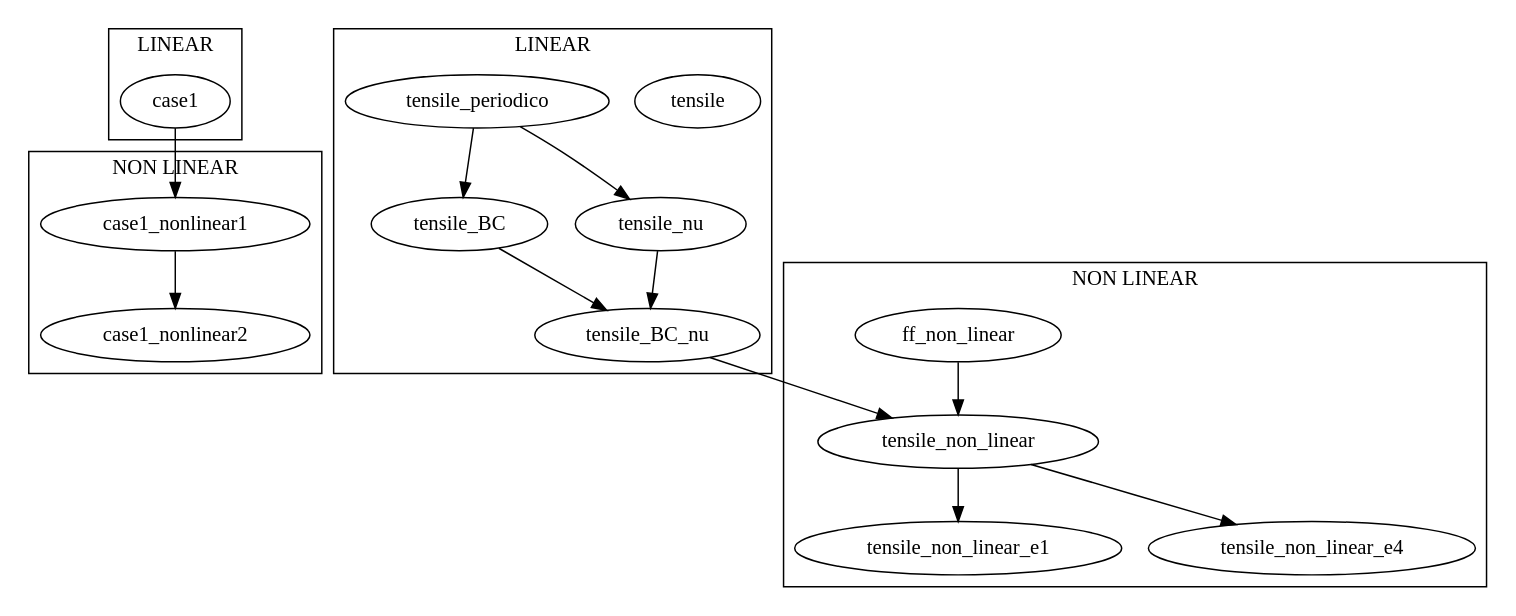
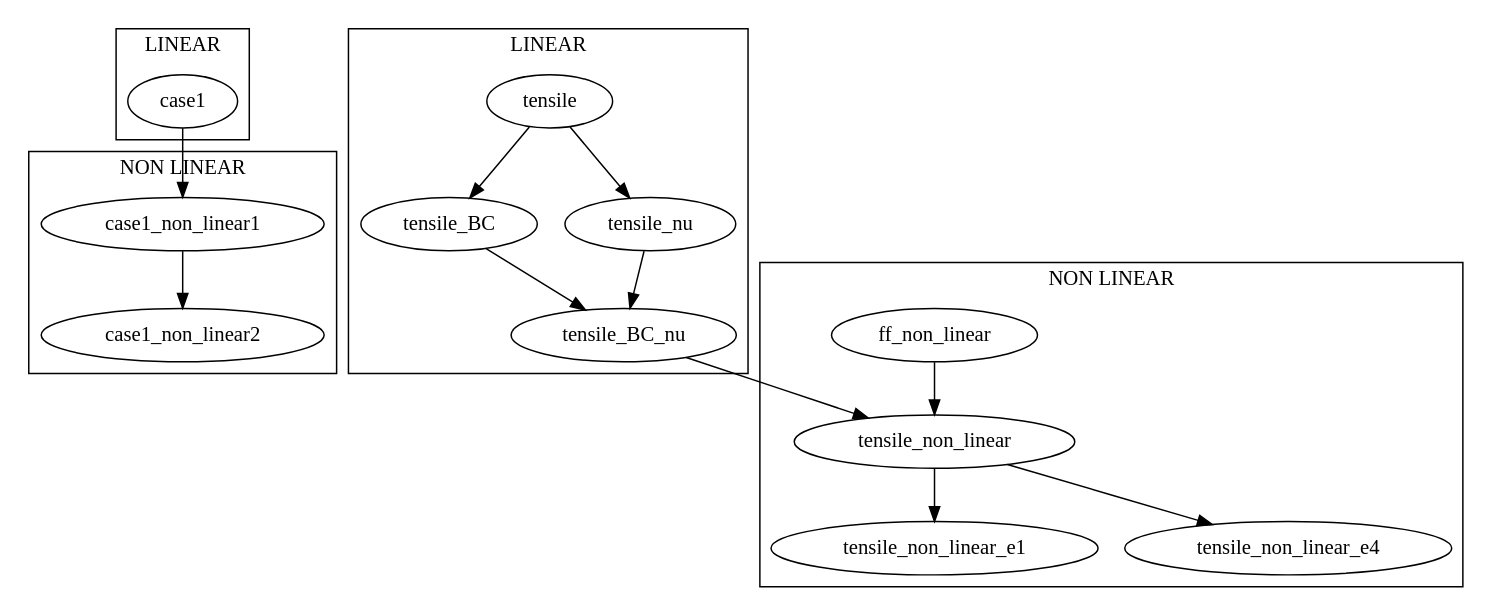
Before and after one commit to ManfredNesti/lattice_materials: the diagram in graph.dot, drawn with Graphviz. The commit also changed 8 other files, not shown here.

```diff
--- a/graph.dot
+++ b/graph.dot
@@ -1,25 +1,24 @@
 digraph G {
   subgraph cluster_case1_linear {
   label="LINEAR"
   case1
   }
 
   subgraph cluster_case1_non_linear {
   label="NON LINEAR"
-  case1 -> case1_nonlinear1 -> case1_nonlinear2;
+  case1 -> case1_non_linear1 -> case1_non_linear2;
   }
 
   subgraph cluster_linear {
     label="LINEAR"
-    tensile;
-    tensile_periodico -> tensile_BC -> tensile_BC_nu;
-    tensile_periodico -> tensile_nu -> tensile_BC_nu;
+    tensile -> tensile_BC -> tensile_BC_nu;
+    tensile -> tensile_nu -> tensile_BC_nu;
   }
 
   subgraph cluster_non_linear {
     label="NON LINEAR"
     tensile_BC_nu -> tensile_non_linear;
     ff_non_linear -> tensile_non_linear -> tensile_non_linear_e1;
     tensile_non_linear -> tensile_non_linear_e4;
   }
 }
```
